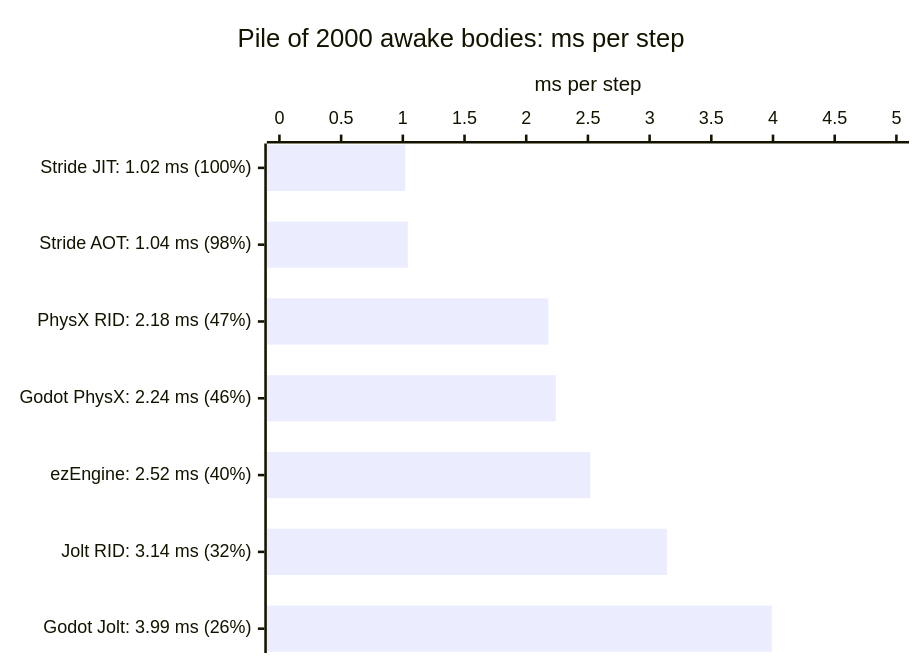
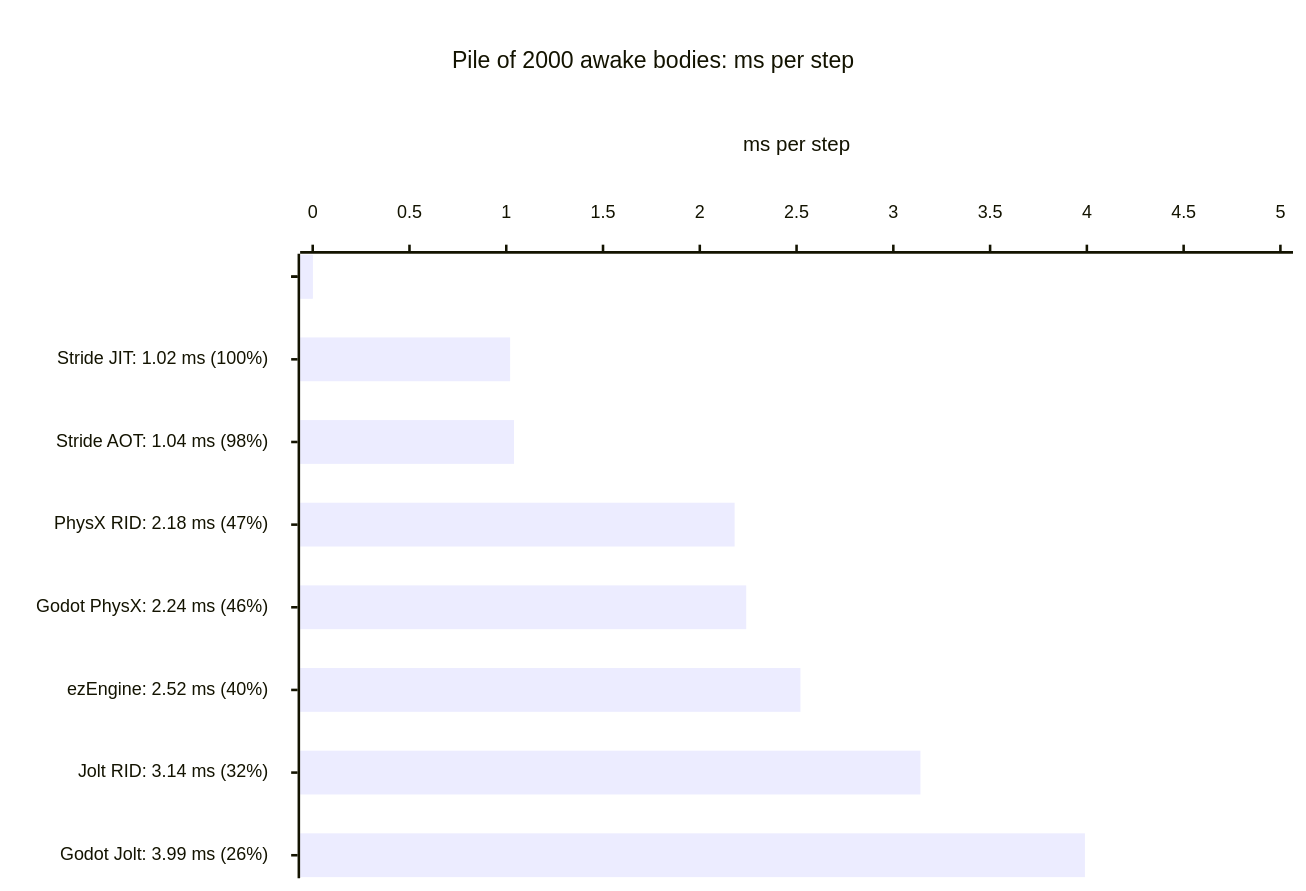
One commit to CreatoramaStudio/QuestMark changed the first of 6 diagrams in README.md. Above: the diagram before and after it, drawn with Mermaid. The commit also changed other lines of this file and 1 other file, not shown here.

Commit message:
README charts: padding config and spacer rows above and below the bars

````diff
--- a/README.md
+++ b/README.md
@@ -51,7 +51,24 @@
 ```mermaid
+---
+config:
+  xyChart:
+    width: 1000
+    height: 676
+    titlePadding: 28
+    titleFontSize: 18
+    plotReservedSpacePercent: 60
+    xAxis:
+      labelFontSize: 14
+      labelPadding: 18
+      titlePadding: 18
+    yAxis:
+      labelFontSize: 14
+      labelPadding: 18
+      titlePadding: 18
+---
 xychart-beta horizontal
     title "Pile of 2000 awake bodies: ms per step"
-    x-axis ["Stride JIT: 1.02 ms (100%)", "Stride AOT: 1.04 ms (98%)", "PhysX RID: 2.18 ms (47%)", "Godot PhysX: 2.24 ms (46%)", "ezEngine: 2.52 ms (40%)", "Jolt RID: 3.14 ms (32%)", "Godot Jolt: 3.99 ms (26%)"]
+    x-axis [" ", "Stride JIT: 1.02 ms (100%)", "Stride AOT: 1.04 ms (98%)", "PhysX RID: 2.18 ms (47%)", "Godot PhysX: 2.24 ms (46%)", "ezEngine: 2.52 ms (40%)", "Jolt RID: 3.14 ms (32%)", "Godot Jolt: 3.99 ms (26%)", "  "]
     y-axis "ms per step" 0 --> 5
-    bar [1.02, 1.04, 2.18, 2.24, 2.52, 3.14, 3.99]
+    bar [0, 1.02, 1.04, 2.18, 2.24, 2.52, 3.14, 3.99, 0]
 ```
````
